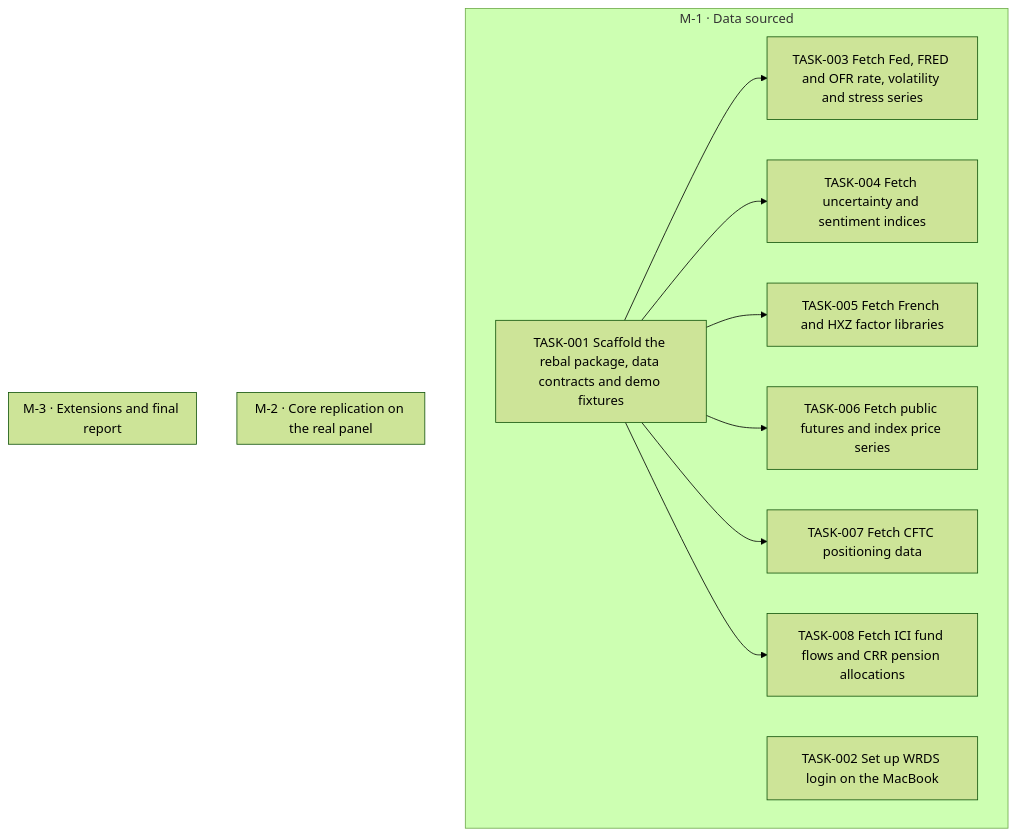
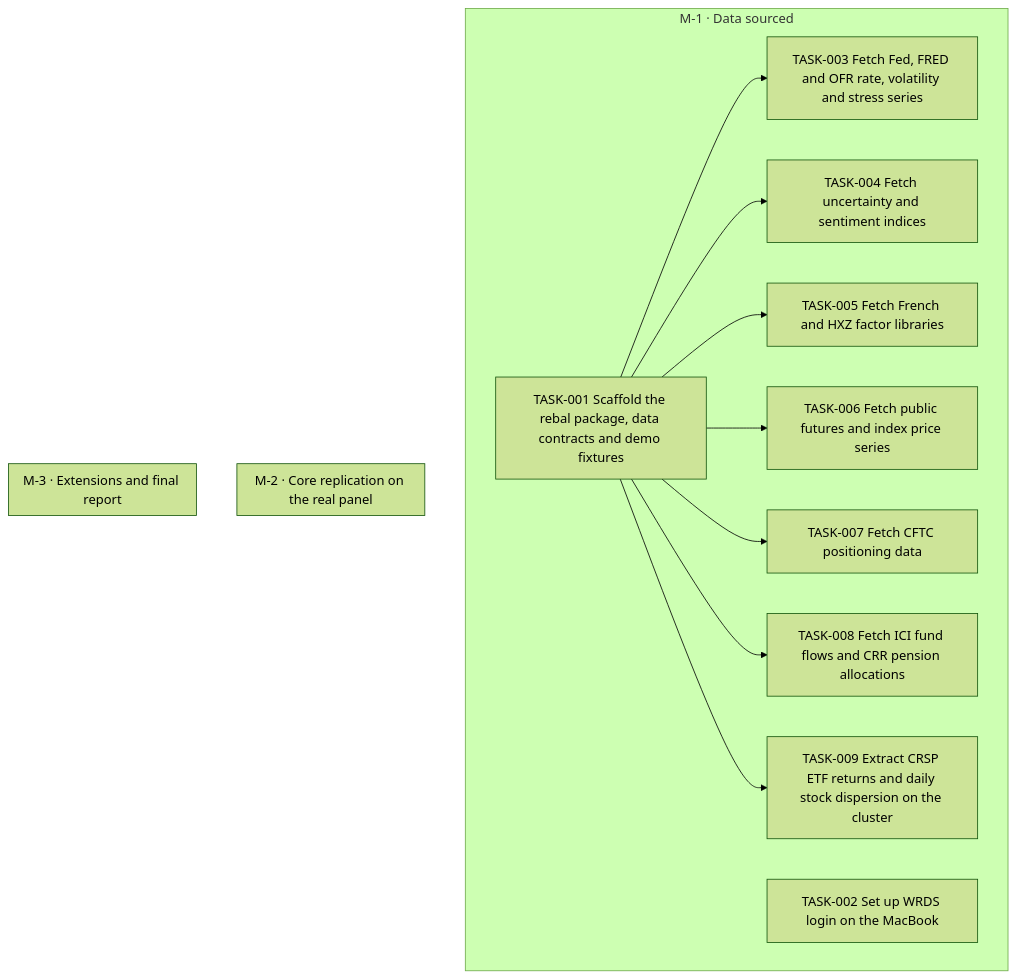
Before and after one commit to jesusvillota/replicate: the diagram in goals/hmm-rebalancing/README.md, drawn with Mermaid (forest theme). The commit also changed 1 other file, not shown here.

Commit message:
goal(hmm-rebalancing): add TASK-009 Extract CRSP ETF returns and daily stock dispersion on the cluster

````diff
--- a/goals/hmm-rebalancing/README.md
+++ b/goals/hmm-rebalancing/README.md
@@ -126,26 +126,28 @@
 ```mermaid
 flowchart TD
   subgraph M_1["M-1 · Data sourced"]
     TASK_001["TASK-001 Scaffold the rebal package, data contracts and demo fixtures"]
     TASK_002["TASK-002 Set up WRDS login on the MacBook"]
     TASK_003["TASK-003 Fetch Fed, FRED and OFR rate, volatility and stress series"]
     TASK_004["TASK-004 Fetch uncertainty and sentiment indices"]
     TASK_005["TASK-005 Fetch French and HXZ factor libraries"]
     TASK_006["TASK-006 Fetch public futures and index price series"]
     TASK_007["TASK-007 Fetch CFTC positioning data"]
     TASK_008["TASK-008 Fetch ICI fund flows and CRR pension allocations"]
+    TASK_009["TASK-009 Extract CRSP ETF returns and daily stock dispersion on the cluster"]
   end
   subgraph M_2["M-2 · Core replication on the real panel"]
   end
   subgraph M_3["M-3 · Extensions and final report"]
   end
   TASK_001 --> TASK_003
   TASK_001 --> TASK_004
   TASK_001 --> TASK_005
   TASK_001 --> TASK_006
   TASK_001 --> TASK_007
   TASK_001 --> TASK_008
+  TASK_001 --> TASK_009
   classDef draft stroke-dasharray: 4 3
   classDef cancelled opacity:0.45
   classDef decision fill:#f3e8ff,stroke:#7c3aed
 ```
````
